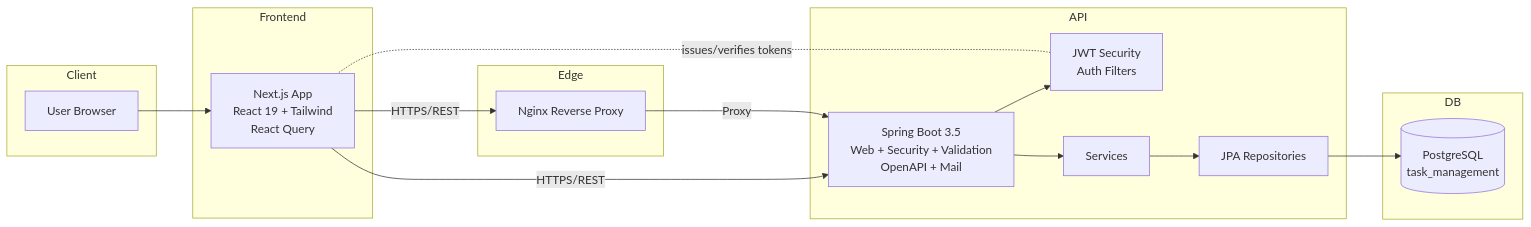
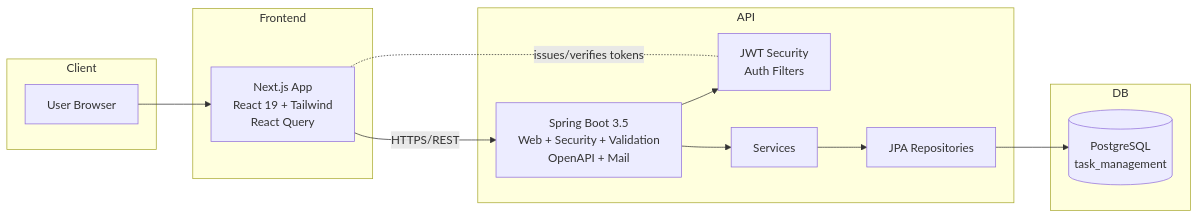
Before and after one commit to jshubham1/task-management-system: the diagram in README.md, drawn with Mermaid. The commit also changed other lines of this file and 3 other files, not shown here.

````diff
--- a/README.md
+++ b/README.md
@@ -46,33 +46,27 @@
 ```mermaid
 flowchart LR
   subgraph Client
     U[User Browser]
   end
 
   subgraph Frontend
     FE[Next.js App<br/>React 19 + Tailwind<br/>React Query]
-  end
-
-  subgraph Edge
-    NX[Nginx Reverse Proxy]
   end
 
   subgraph API
     SB[Spring Boot 3.5<br/>Web + Security + Validation<br/>OpenAPI + Mail]
     SEC[JWT Security<br/>Auth Filters]
     SVC[Services]
     REPO[JPA Repositories]
   end
 
   subgraph DB
     PG[(PostgreSQL<br/>task_management)]
   end
 
   U --> FE
-  FE -->|HTTPS/REST| NX
   FE -->|HTTPS/REST| SB
-  NX -->|Proxy| SB
   SB --> SEC
   SB --> SVC --> REPO --> PG
   SEC -. "issues/verifies tokens" .- FE
 ```
````
